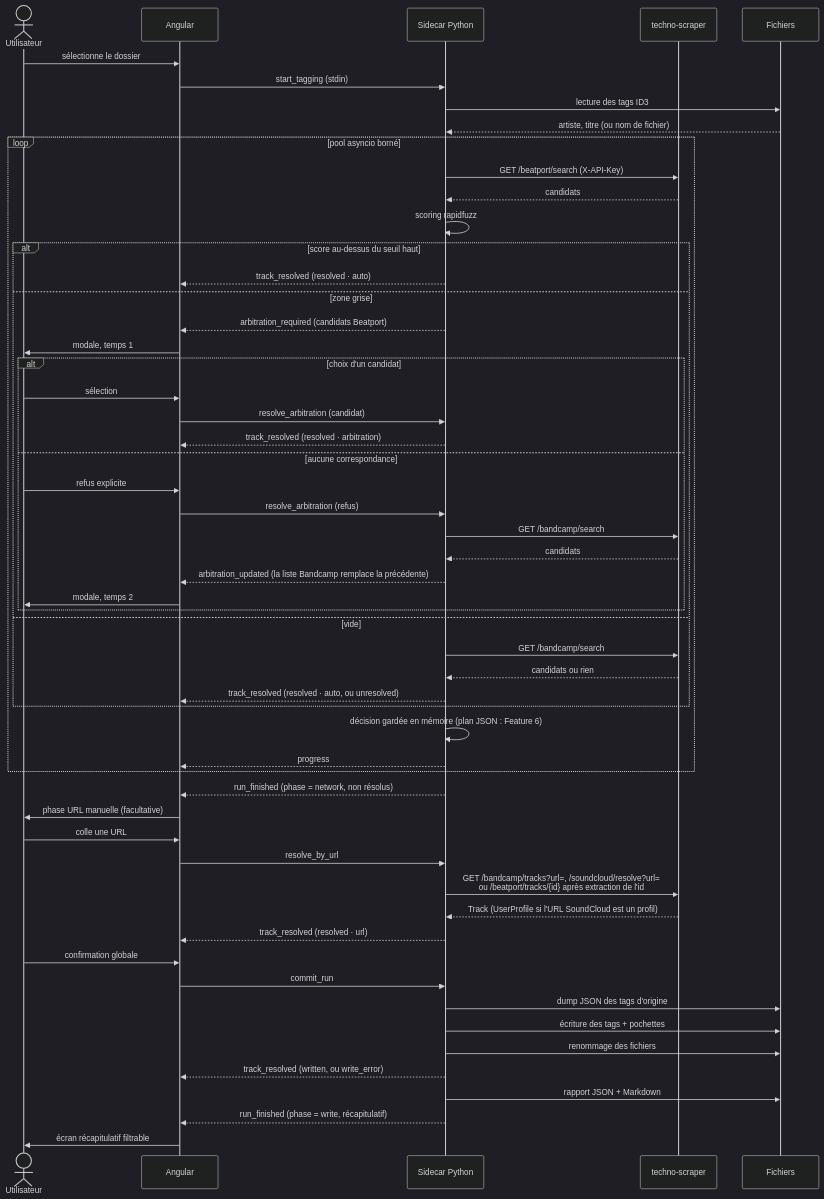
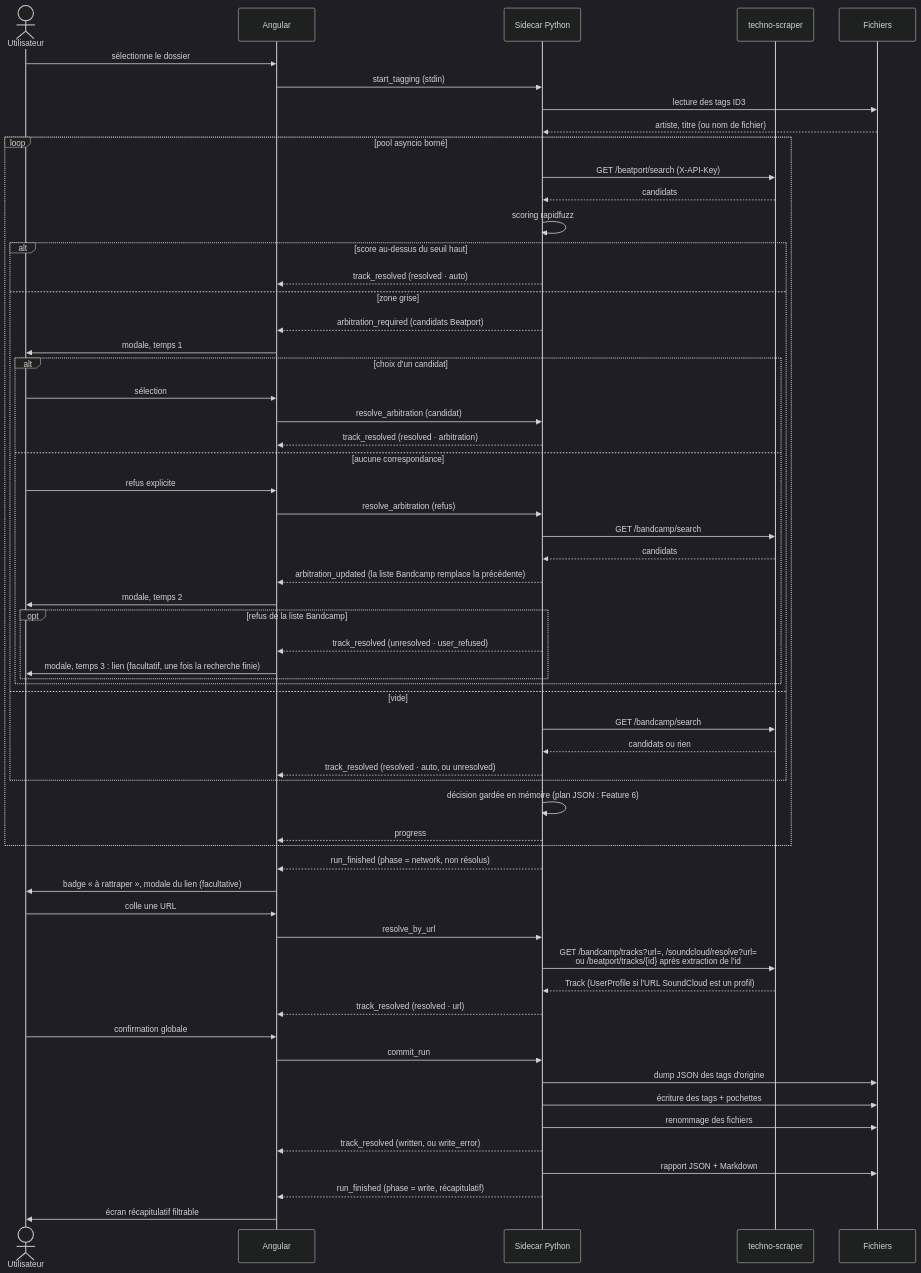
The fourth of 5 diagrams in docs/ARCHITECTURE.md (thibaud57/techno-tagger), drawn with Mermaid (dark theme) before and after one commit. The commit also changed other lines of this file and 32 other files, not shown here.

First line of the commit message:
feat(ui): rattrapage par URL en modale, badge et étape lien de l'arbitrage

````diff
--- a/docs/ARCHITECTURE.md
+++ b/docs/ARCHITECTURE.md
@@ -617,61 +617,65 @@
 ```mermaid
 sequenceDiagram
     actor U as Utilisateur
     participant UI as Angular
     participant S as Sidecar Python
     participant API as techno-scraper
     participant FS as Fichiers
 
     U->>UI: sélectionne le dossier
     UI->>S: start_tagging (stdin)
     S->>FS: lecture des tags ID3
     FS-->>S: artiste, titre (ou nom de fichier)
 
     loop pool asyncio borné
         S->>API: GET /beatport/search (X-API-Key)
         API-->>S: candidats
         S->>S: scoring rapidfuzz
         alt score au-dessus du seuil haut
             S-->>UI: track_resolved (resolved · auto)
         else zone grise
             S-->>UI: arbitration_required (candidats Beatport)
             UI->>U: modale, temps 1
             alt choix d'un candidat
                 U->>UI: sélection
                 UI->>S: resolve_arbitration (candidat)
                 S-->>UI: track_resolved (resolved · arbitration)
             else aucune correspondance
                 U->>UI: refus explicite
                 UI->>S: resolve_arbitration (refus)
                 S->>API: GET /bandcamp/search
                 API-->>S: candidats
                 S-->>UI: arbitration_updated (la liste Bandcamp remplace la précédente)
                 UI->>U: modale, temps 2
+                opt refus de la liste Bandcamp
+                    S-->>UI: track_resolved (unresolved · user_refused)
+                    UI->>U: modale, temps 3 : lien (facultatif, une fois la recherche finie)
+                end
             end
         else vide
             S->>API: GET /bandcamp/search
             API-->>S: candidats ou rien
             S-->>UI: track_resolved (resolved · auto, ou unresolved)
         end
         S->>S: décision gardée en mémoire (plan JSON : Feature 6)
         S-->>UI: progress
     end
 
     S-->>UI: run_finished (phase = network, non résolus)
-    UI->>U: phase URL manuelle (facultative)
+    UI->>U: badge « à rattraper », modale du lien (facultative)
     U->>UI: colle une URL
     UI->>S: resolve_by_url
     S->>API: GET /bandcamp/tracks?url=, /soundcloud/resolve?url=<br/>ou /beatport/tracks/{id} après extraction de l'id
     API-->>S: Track (UserProfile si l'URL SoundCloud est un profil)
     S-->>UI: track_resolved (resolved · url)
 
     U->>UI: confirmation globale
     UI->>S: commit_run
     S->>FS: dump JSON des tags d'origine
     S->>FS: écriture des tags + pochettes
     S->>FS: renommage des fichiers
     S-->>UI: track_resolved (written, ou write_error)
     S->>FS: rapport JSON + Markdown
     S-->>UI: run_finished (phase = write, récapitulatif)
     UI->>U: écran récapitulatif filtrable
 ```
````
